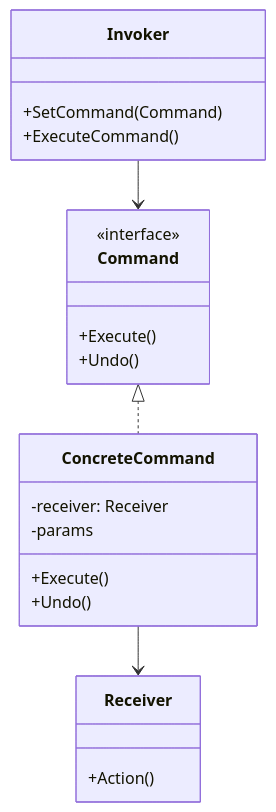
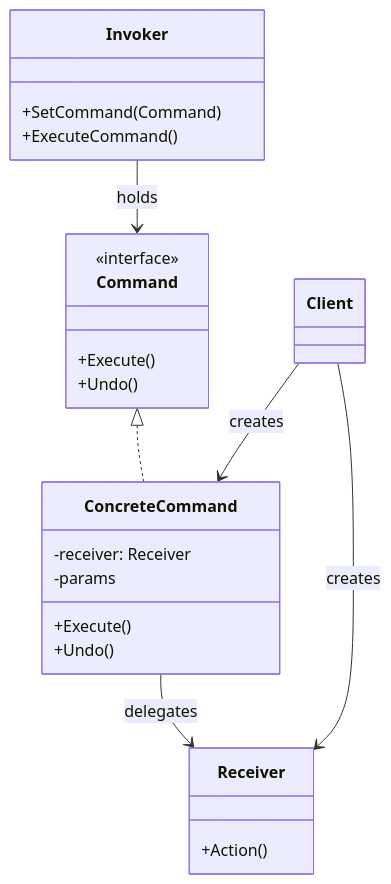
The second of 11 diagrams in raw/cs/design-patterns/behavioral-patterns.md (minijb/Wiki), drawn with Mermaid before and after one commit. The commit also changed other lines of this file and 962 other files, not shown here.

````diff
--- a/raw/cs/design-patterns/behavioral-patterns.md
+++ b/raw/cs/design-patterns/behavioral-patterns.md
@@ -158,25 +208,28 @@
 ```mermaid
 classDiagram
     class Invoker {
         +SetCommand(Command)
         +ExecuteCommand()
     }
     class Command {
         <<interface>>
         +Execute()
         +Undo()
     }
     class ConcreteCommand {
         -receiver: Receiver
         -params
         +Execute()
         +Undo()
     }
     class Receiver {
         +Action()
     }
+    class Client
 
-    Invoker --> Command
+    Invoker --> Command : holds
     Command <|.. ConcreteCommand
-    ConcreteCommand --> Receiver
+    ConcreteCommand --> Receiver : delegates
+    Client --> ConcreteCommand : creates
+    Client --> Receiver : creates
 ```
````
